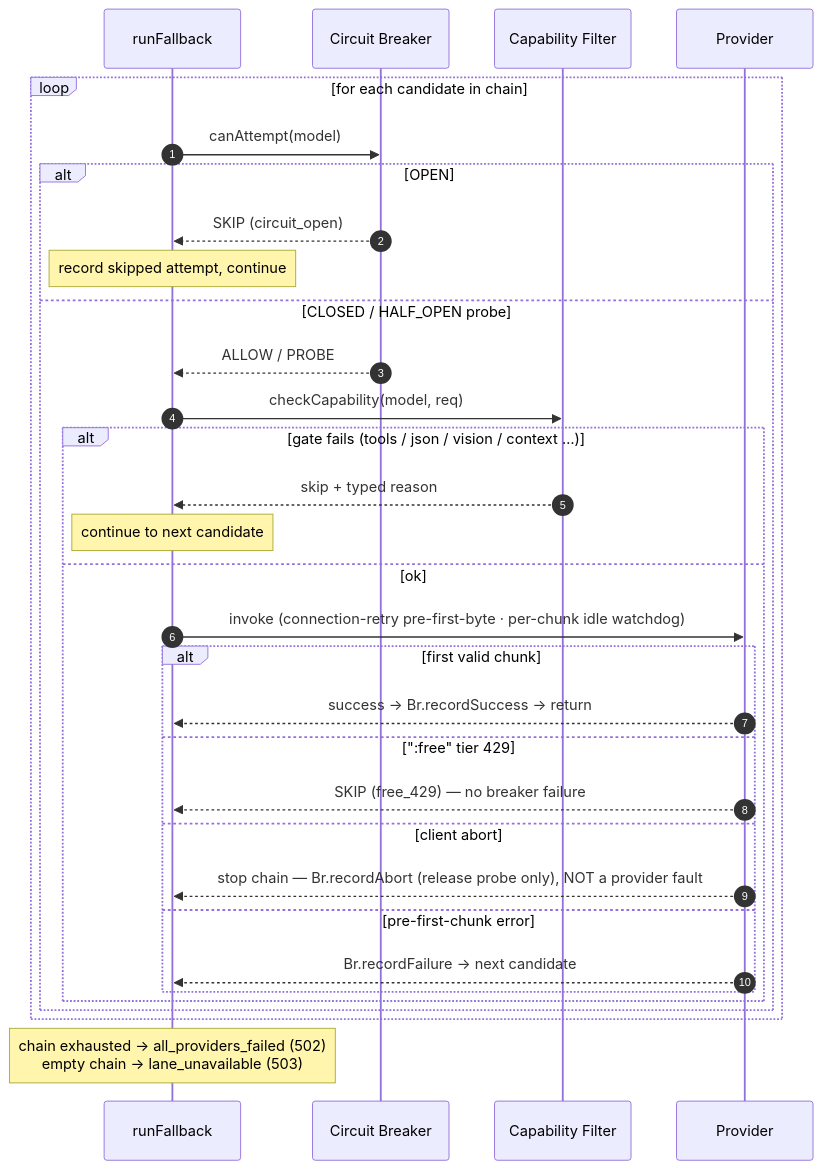
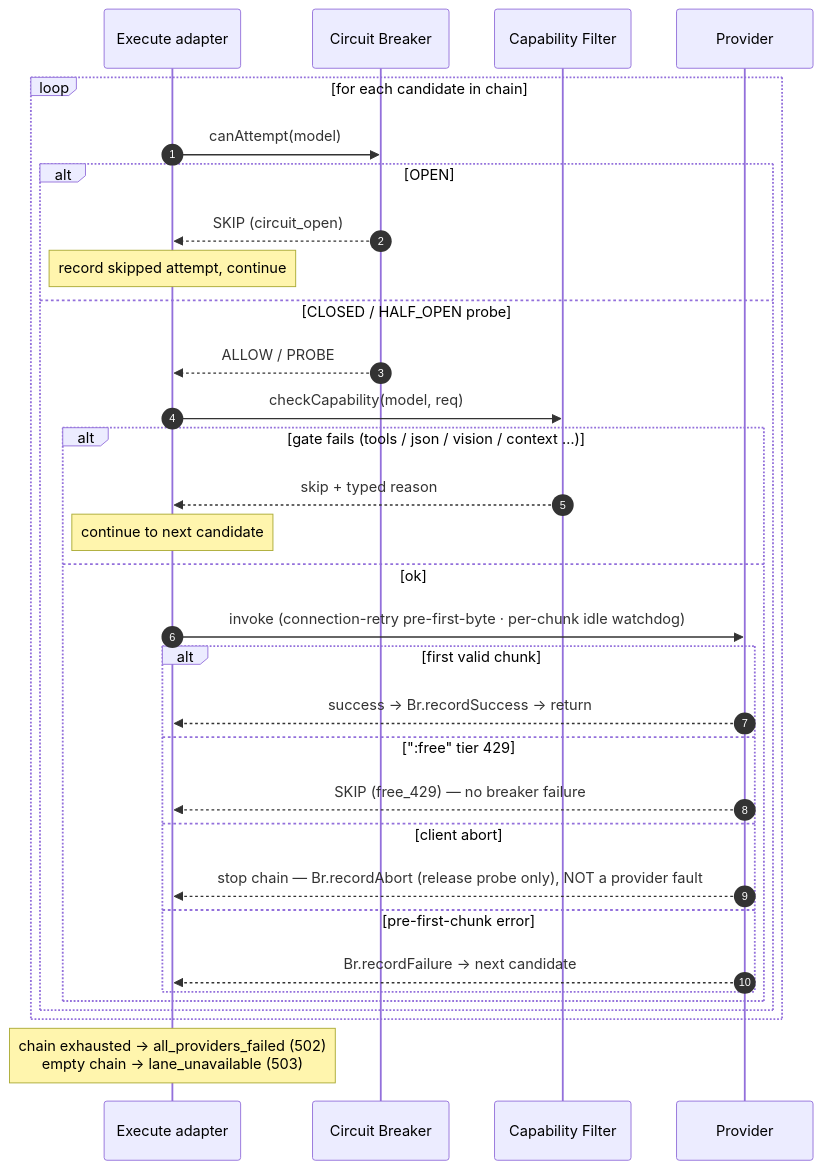
One commit to EasyMetaAu/helm-api changed the seventh of 13 diagrams in docs/architecture.md. Above: the diagram before and after it, drawn with Mermaid. The commit also changed 4 other files, not shown here.

````diff
--- a/docs/architecture.md
+++ b/docs/architecture.md
@@ -289,35 +289,35 @@
 ```mermaid
 sequenceDiagram
     autonumber
-    participant Ex as runFallback
+    participant Ex as Execute adapter
     participant Br as Circuit Breaker
     participant Cap as Capability Filter
     participant Up as Provider
 
     loop for each candidate in chain
         Ex->>Br: canAttempt(model)
         alt OPEN
             Br-->>Ex: SKIP (circuit_open)
             Note over Ex: record skipped attempt, continue
         else CLOSED / HALF_OPEN probe
             Br-->>Ex: ALLOW / PROBE
             Ex->>Cap: checkCapability(model, req)
             alt gate fails (tools / json / vision / context …)
                 Cap-->>Ex: skip + typed reason
                 Note over Ex: continue to next candidate
             else ok
                 Ex->>Up: invoke (connection-retry pre-first-byte · per-chunk idle watchdog)
                 alt first valid chunk
                     Up-->>Ex: success → Br.recordSuccess → return
                 else ":free" tier 429
                     Up-->>Ex: SKIP (free_429) — no breaker failure
                 else client abort
                     Up-->>Ex: stop chain — Br.recordAbort (release probe only), NOT a provider fault
                 else pre-first-chunk error
                     Up-->>Ex: Br.recordFailure → next candidate
                 end
             end
         end
     end
     Note over Ex: chain exhausted → all_providers_failed (502)<br/>empty chain → lane_unavailable (503)
 ```
````
